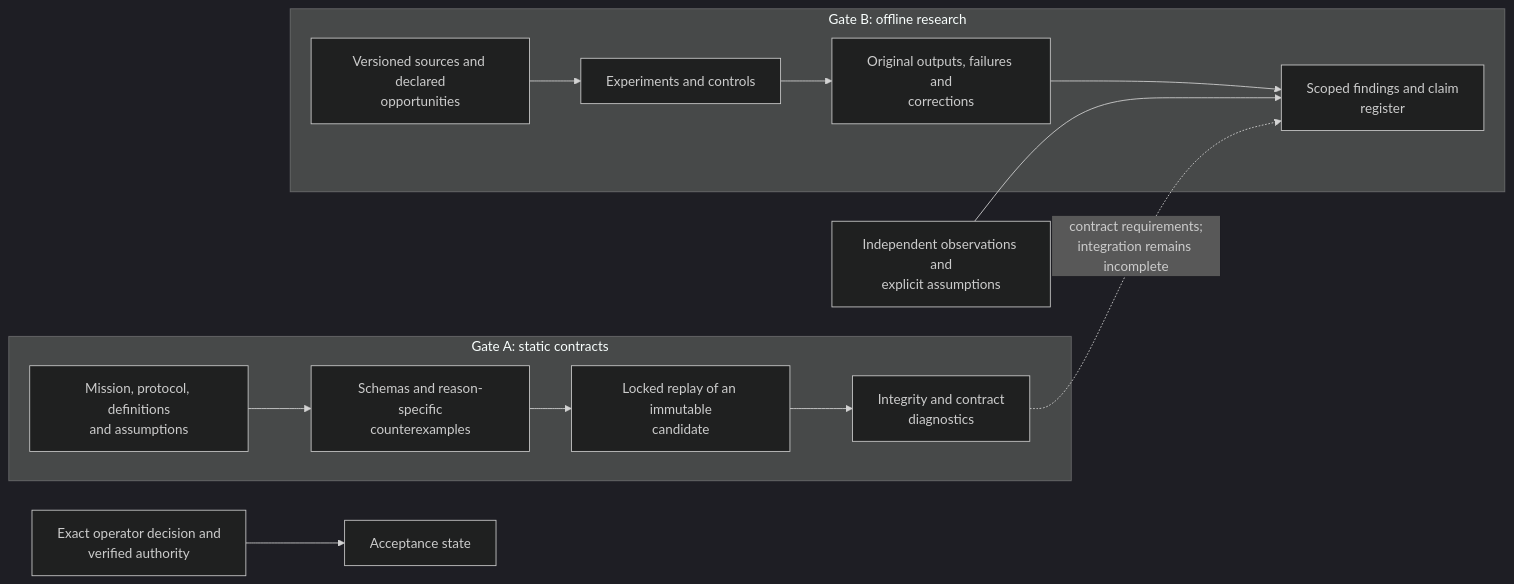
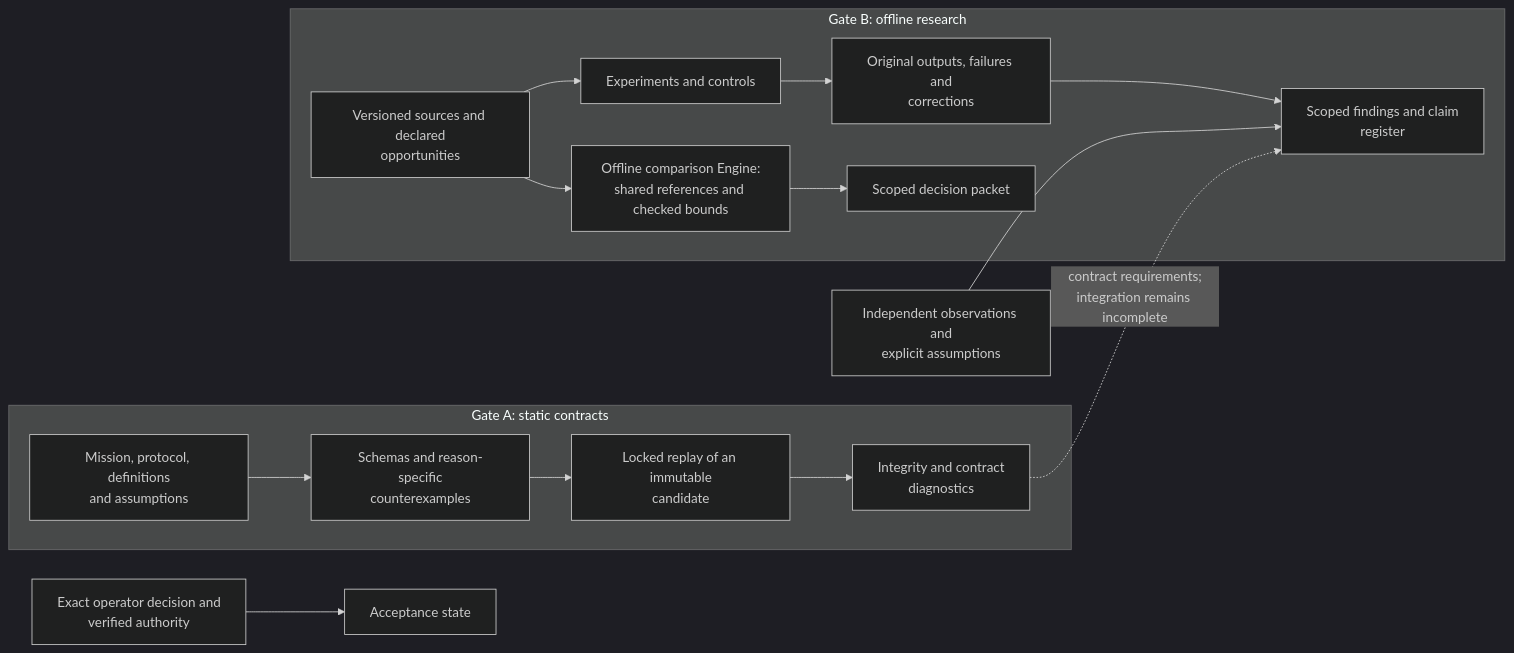
The sixth of 6 diagrams in README.md (manfromnowhere143/reiyah), drawn with Mermaid (dark theme) before and after one commit. The commit also changed other lines of this file and 12 other files, not shown here.

````diff
--- a/README.md
+++ b/README.md
@@ -205,16 +218,18 @@
 ```mermaid
 flowchart LR
   subgraph CONTRACT["Gate A: static contracts"]
     M["Mission, protocol, definitions<br/>and assumptions"] --> F["Schemas and reason-specific<br/>counterexamples"]
     F --> L["Locked replay of an immutable<br/>candidate"]
     L --> I["Integrity and contract<br/>diagnostics"]
   end
   subgraph RESEARCH["Gate B: offline research"]
     D["Versioned sources and declared<br/>opportunities"] --> X["Experiments and controls"]
     X --> T["Original outputs, failures and<br/>corrections"]
     T --> C["Scoped findings and claim<br/>register"]
+    D --> E["Offline comparison Engine:<br/>shared references and checked bounds"]
+    E --> P["Scoped decision packet"]
   end
   I -. "contract requirements;<br/>integration remains incomplete" .-> C
   O["Independent observations and<br/>explicit assumptions"] --> C
   A["Exact operator decision and<br/>verified authority"] --> G["Acceptance state"]
 ```
````
